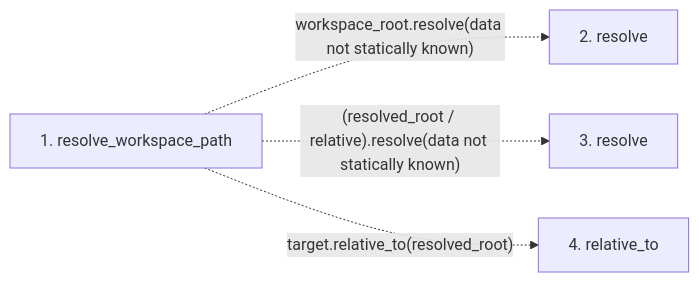
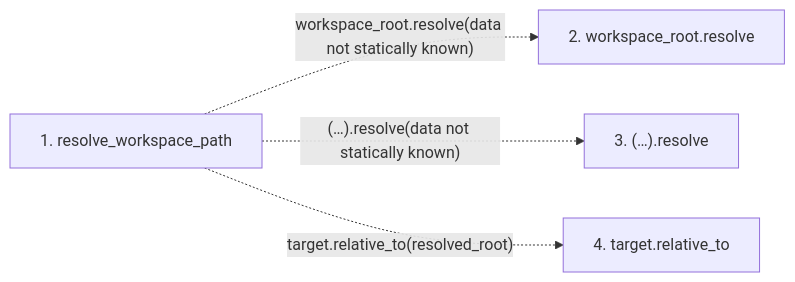
Before and after one commit to Denissvgn/python-wiki-llm: the second of 2 diagrams in docs/llm_wiki/flows/api-resolve_workspace_path.md, drawn with Mermaid. The commit also changed other lines of this file and 719 other files, not shown here.

````diff
--- a/docs/llm_wiki/flows/api-resolve_workspace_path.md
+++ b/docs/llm_wiki/flows/api-resolve_workspace_path.md
@@ -23,11 +24,11 @@
 ```mermaid
 flowchart LR
     s1["1. resolve_workspace_path"]
-    s2["2. resolve"]
-    s3["3. resolve"]
-    s4["4. relative_to"]
+    s2["2. workspace_root.resolve"]
+    s3["3. (…).resolve"]
+    s4["4. target.relative_to"]
     s1 -. "workspace_root.resolve(data not statically known)" .-> s2
-    s1 -. "(resolved_root / relative).resolve(data not statically known)" .-> s3
+    s1 -. "(…).resolve(data not statically known)" .-> s3
     s1 -. "target.relative_to(resolved_root)" .-> s4
     click s1 "../modules/validation.md"
 ```
````
